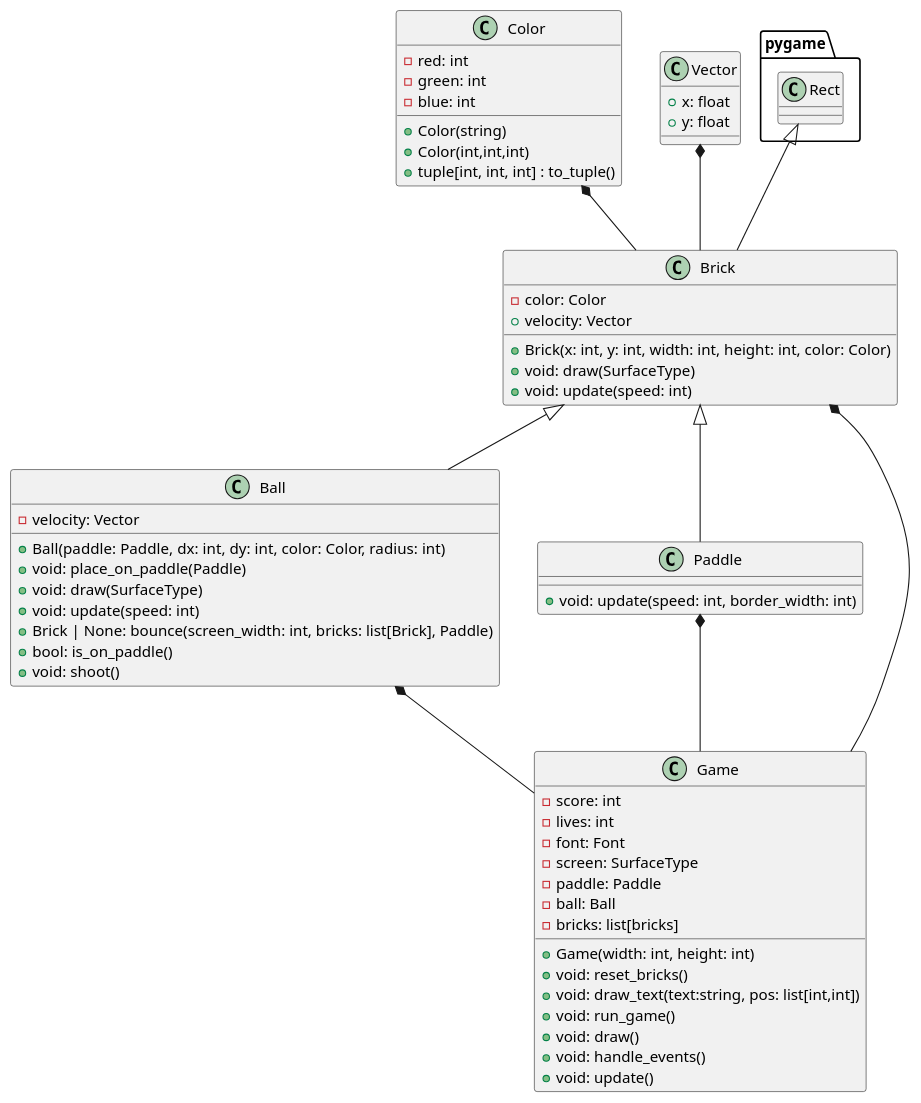
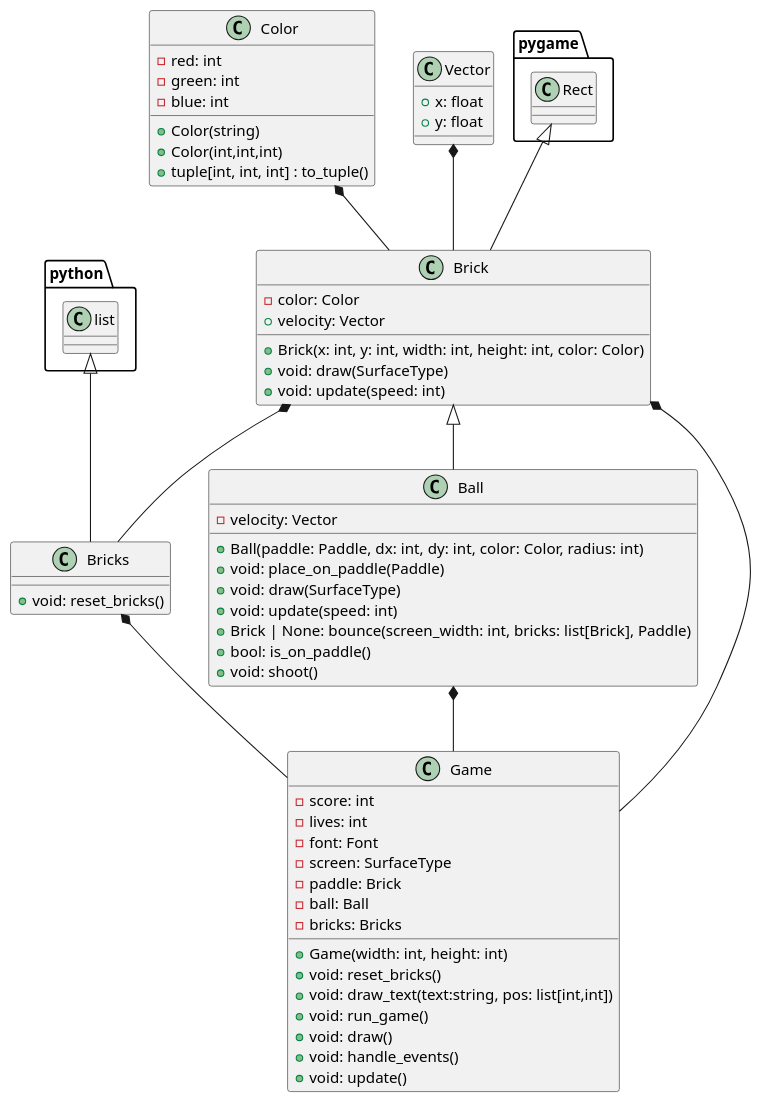
The diagram in class_diagram.puml (CodingChem/Breakout), drawn with PlantUML before and after one commit.

Commit message:
added list type Bricks class

```diff
--- a/class_diagram.puml
+++ b/class_diagram.puml
@@ -1,59 +1,61 @@
 @startuml class diagram
 class Ball {
     - velocity: Vector
     + Ball(paddle: Paddle, dx: int, dy: int, color: Color, radius: int)
     + void: place_on_paddle(Paddle)
     + void: draw(SurfaceType)
     + void: update(speed: int)
     + Brick | None: bounce(screen_width: int, bricks: list[Brick], Paddle)
     + bool: is_on_paddle()
     + void: shoot()
 }
 class Brick {
     - color: Color
     + velocity: Vector
     + Brick(x: int, y: int, width: int, height: int, color: Color)
     + void: draw(SurfaceType)
     + void: update(speed: int)
 }
-class Paddle {
-    + void: update(speed: int, border_width: int)
-}
+
 class Game {
     - score: int
     - lives: int
     - font: Font
     - screen: SurfaceType
-    - paddle: Paddle
+    - paddle: Brick
     - ball: Ball
-    - bricks: list[bricks]
+    - bricks: Bricks
     + Game(width: int, height: int)
     + void: reset_bricks()
     + void: draw_text(text:string, pos: list[int,int])
     + void: run_game()
     + void: draw()
     + void: handle_events()
     + void: update()
 }
 class Color {
     - red: int
     - green: int
     - blue: int
     + Color(string)
     + Color(int,int,int)
     + tuple[int, int, int] : to_tuple()
 }
 class Vector {
     + x: float
     + y: float
 }
+class Bricks {
+    + void: reset_bricks()
+}
 
+python.list <|-- Bricks
+Brick *-- Bricks
 pygame.Rect <|-- Brick
 Color *-- Brick
 Vector *-- Brick
 Brick <|-- Ball
-Brick <|-- Paddle
 Ball *-- Game
-Paddle *-- Game
 Brick *-- Game
+Bricks *-- Game
 @enduml
```
